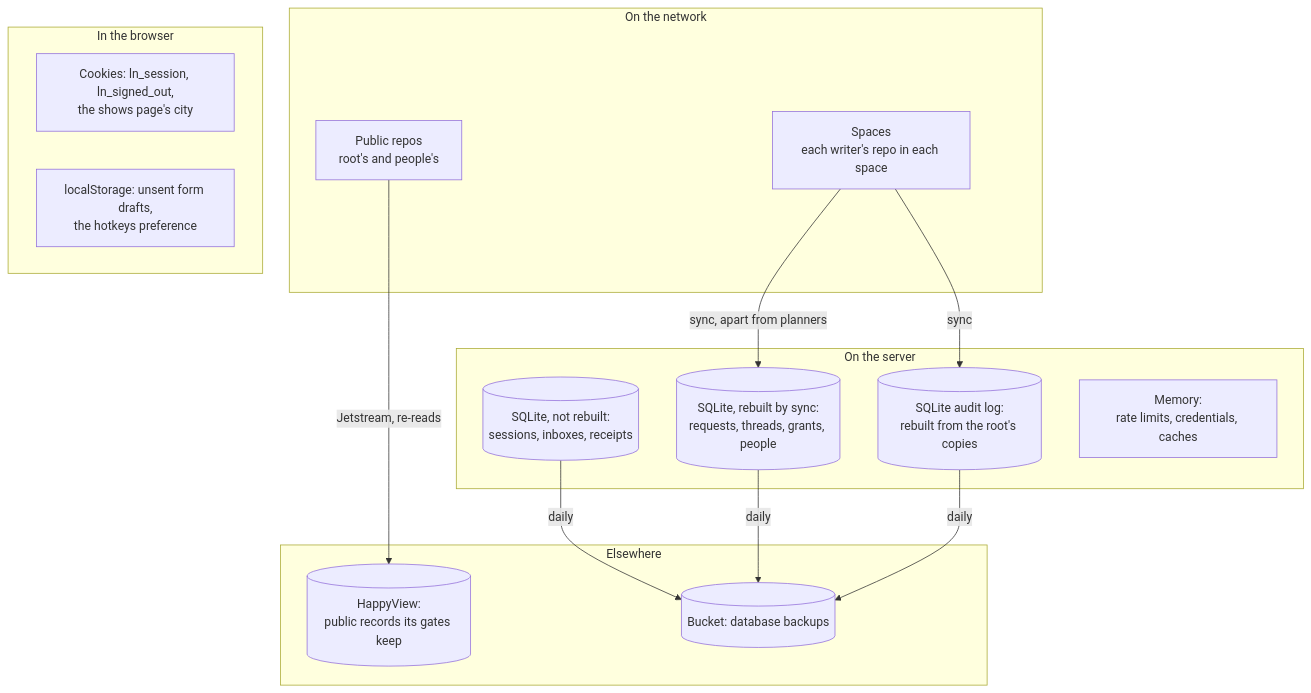
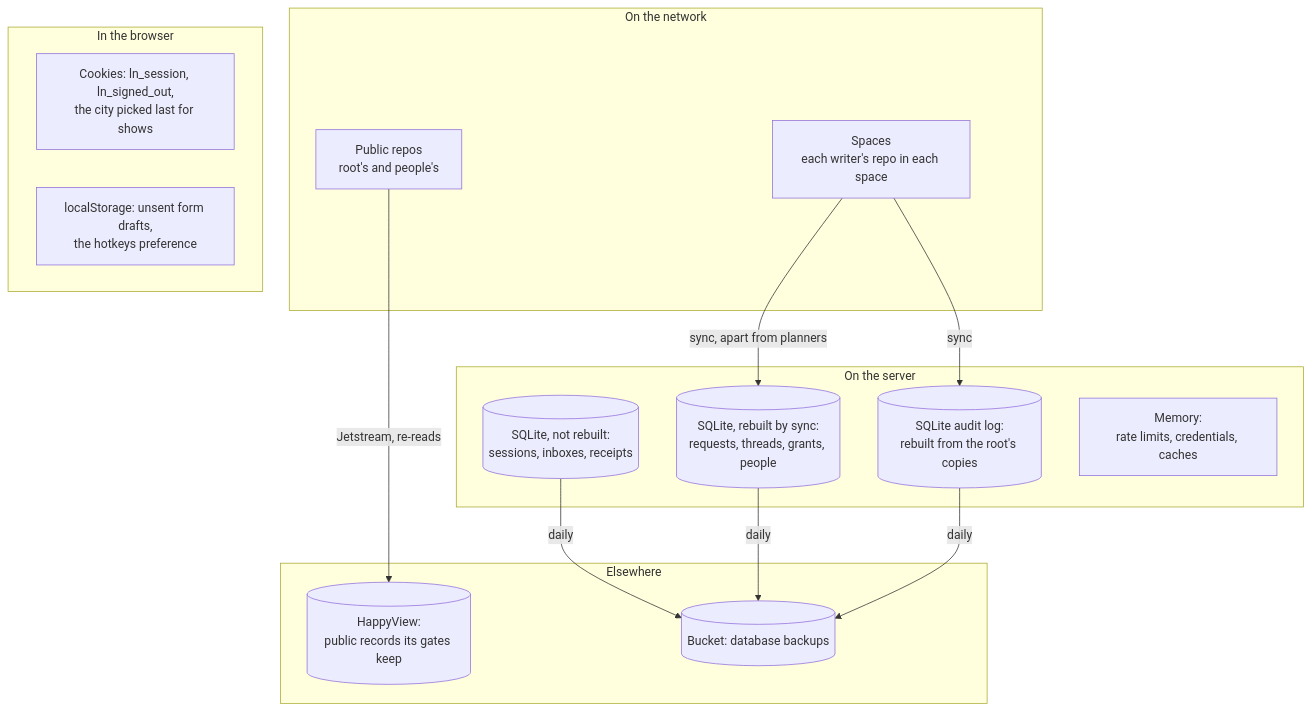
One commit to cutenode/localnetwork changed the seventh of 11 diagrams in apps/web/README.md. Above: the diagram before and after it, drawn with Mermaid. The commit also changed other lines of this file and 28 other files, not shown here.

````diff
--- a/apps/web/README.md
+++ b/apps/web/README.md
@@ -565,27 +566,27 @@
 ```mermaid
 flowchart TD
   subgraph Network["On the network"]
     Repos["Public repos<br/>root's and people's"]
     Spaces["Spaces<br/>each writer's repo in each space"]
   end
   subgraph Server["On the server"]
     Index[("SQLite, rebuilt by sync:<br/>requests, threads, grants, people")]
     Only[("SQLite, not rebuilt:<br/>sessions, inboxes, receipts")]
     Outbox[("SQLite audit log:<br/>rebuilt from the root's copies")]
     Memory["Memory:<br/>rate limits, credentials, caches"]
   end
   subgraph Elsewhere["Elsewhere"]
     HV[("HappyView:<br/>public records its gates keep")]
     Bucket[("Bucket: database backups")]
   end
   subgraph Client["In the browser"]
-    Cookies["Cookies: ln_session, ln_signed_out,<br/>the shows page's city"]
+    Cookies["Cookies: ln_session, ln_signed_out,<br/>the city picked last for shows"]
     Local["localStorage: unsent form drafts,<br/>the hotkeys preference"]
   end
   Repos -- "Jetstream, re-reads" --> HV
   Spaces -- "sync, apart from planners" --> Index
   Spaces -- "sync" --> Outbox
   Only -- "daily" --> Bucket
   Index -- "daily" --> Bucket
   Outbox -- "daily" --> Bucket
 ```
````
